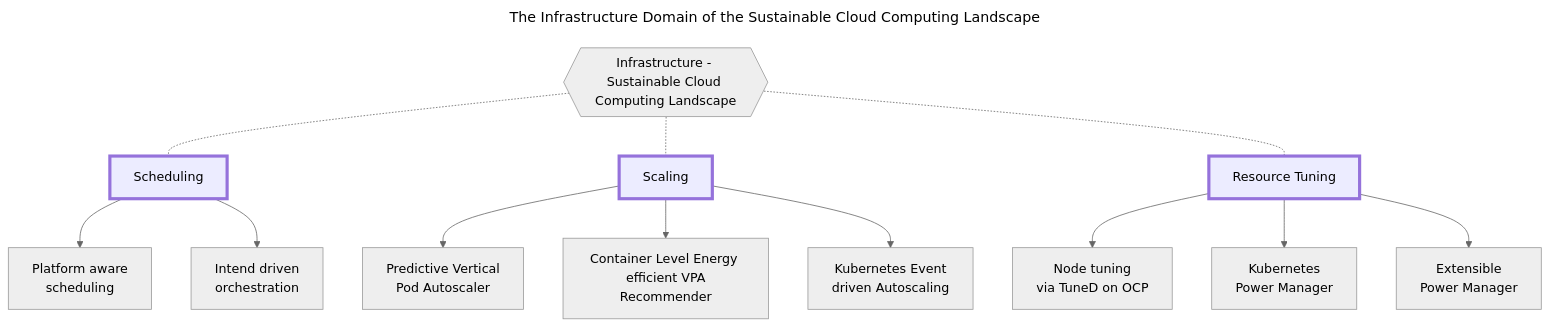
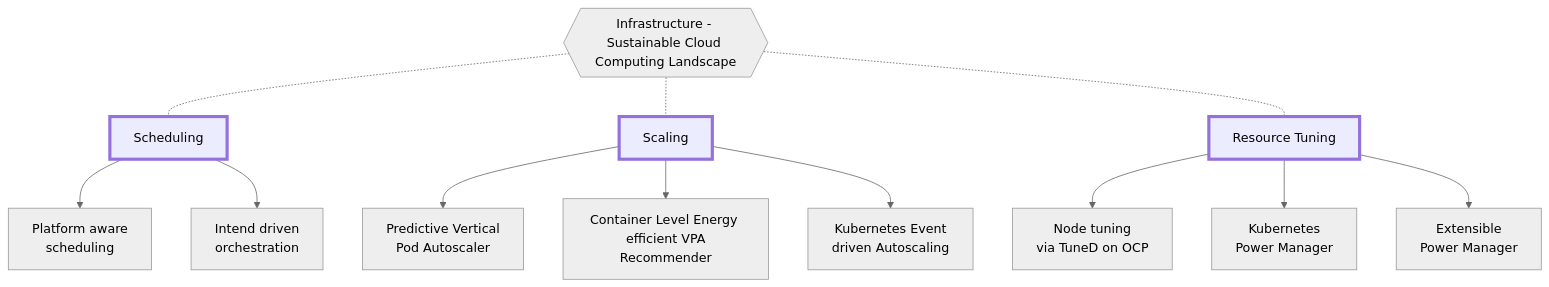
One commit to cncf/tag-env-sustainability changed the third of 3 diagrams in website/content/about/SustainabilityUseCasesAndLandscape2023.md. Above: the diagram before and after it, drawn with Mermaid. The commit also changed other lines of this file and 1 other file, not shown here.

Commit message:
Remove titles from graphs since they are not supported by mermaid 8.8.1

````diff
--- a/website/content/about/SustainabilityUseCasesAndLandscape2023.md
+++ b/website/content/about/SustainabilityUseCasesAndLandscape2023.md
@@ -329,36 +323,33 @@
 ```mermaid
----
-title: The Infrastructure Domain of the Sustainable Cloud Computing Landscape
----
 %%{init: {'theme':'neutral'}}%%
 flowchart TB
     root{{Infrastructure - Sustainable Cloud Computing Landscape}} -.- scheduling[Scheduling] & scaling[Scaling] & tuning[Resource Tuning]
 
     %% SCHEDULING
     scheduling --> plat_aware_scheduling[Platform aware\n scheduling]
     scheduling --> intent_driven_orch[Intend driven\n orchestration]
 
     click plat_aware_scheduling "https://github.com/intel/platform-aware-scheduling/tree/master/telemetry-aware-scheduling/docs/power" "Source"
     click intent_driven_orch "https://github.com/intel/intent-driven-orchestration" "Source"
 
     %% SCALING
     scaling --> predictive_vpa[Predictive Vertical\n Pod Autoscaler]
     scaling --> clever[Container Level Energy \n efficient VPA Recommender]
     scaling --> keda[Kubernetes Event\n driven Autoscaling]
 
     click predictive_vpa "https://github.com/openshift/predictive-vpa-recommenders" "Source"
     click clever "https://github.com/sustainable-computing-io/clever" "Source"
     click keda "https://keda.sh/" "Source"
 
     %% RESOURCE TUNING
     tuning --> tuned_on_ocp[Node tuning\n via TuneD on OCP]
     tuning --> k8s_power_manager[Kubernetes\n Power Manager]
     tuning --> geopm[Extensible\n Power Manager]
 
     click tuned_on_ocp "https://docs.openshift.com/container-platform/4.10/scalability_and_performance/using-node-tuning-operator.html" "Source"
     click k8s_power_manager "https://github.com/intel/kubernetes-power-manager" "Source"
     click geopm "https://geopm.github.io" "Source"
 
     classDef sections fill:#ececff,stroke:#9572db,stroke-width:4px
     class scheduling,scaling,tuning sections;
 ```
````
